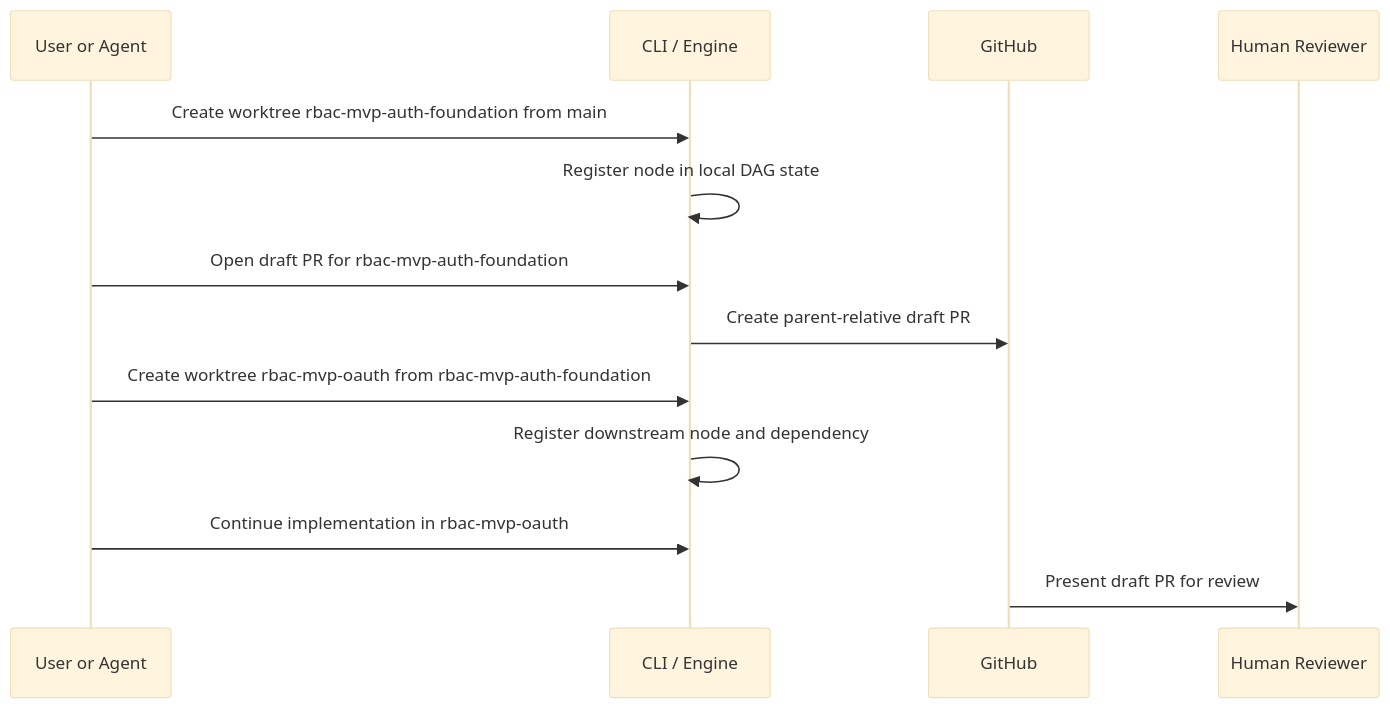
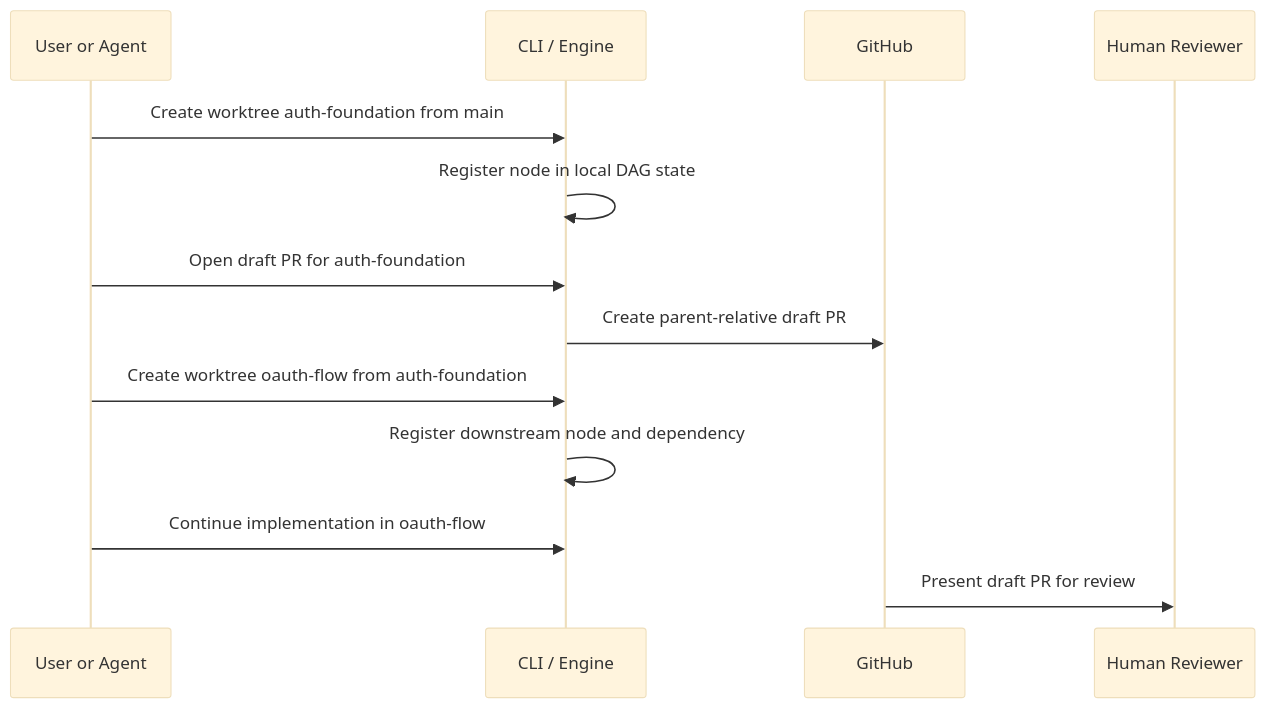
The fourth of 6 diagrams in docs/proposals/worktree-native-pr-orchestrator.md (zazzcode/zazz), drawn with Mermaid (base theme) before and after one commit. The commit also changed other lines of this file and 3 other files, not shown here.

````diff
--- a/docs/proposals/worktree-native-pr-orchestrator.md
+++ b/docs/proposals/worktree-native-pr-orchestrator.md
@@ -111,16 +194,16 @@
 ```mermaid
 sequenceDiagram
     participant U as User or Agent
     participant CLI as CLI / Engine
     participant GH as GitHub
     participant H as Human Reviewer
 
-    U->>CLI: Create worktree rbac-mvp-auth-foundation from main
+    U->>CLI: Create worktree auth-foundation from main
     CLI->>CLI: Register node in local DAG state
-    U->>CLI: Open draft PR for rbac-mvp-auth-foundation
+    U->>CLI: Open draft PR for auth-foundation
     CLI->>GH: Create parent-relative draft PR
-    U->>CLI: Create worktree rbac-mvp-oauth from rbac-mvp-auth-foundation
+    U->>CLI: Create worktree oauth-flow from auth-foundation
     CLI->>CLI: Register downstream node and dependency
-    U->>CLI: Continue implementation in rbac-mvp-oauth
+    U->>CLI: Continue implementation in oauth-flow
     GH->>H: Present draft PR for review
 ```
````
